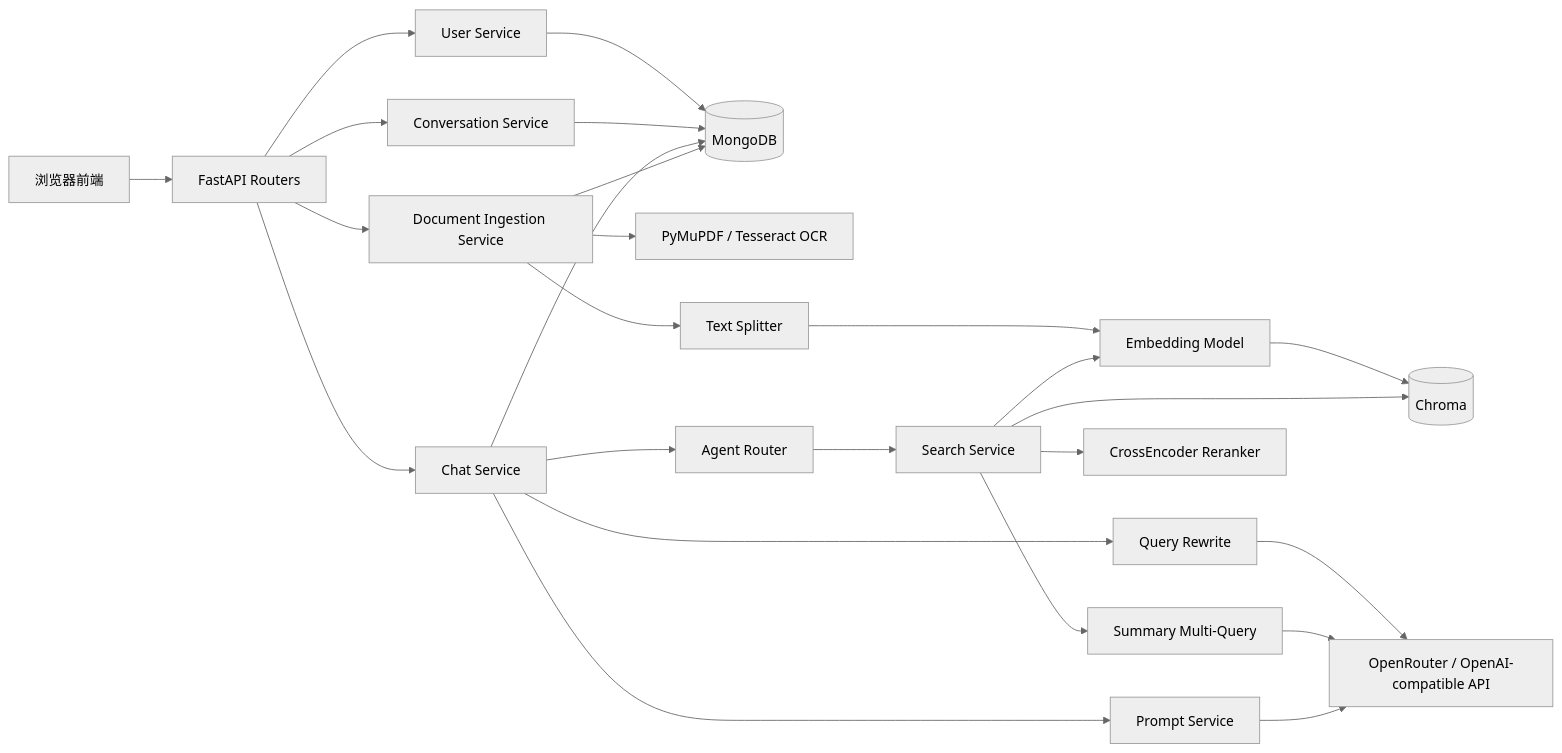
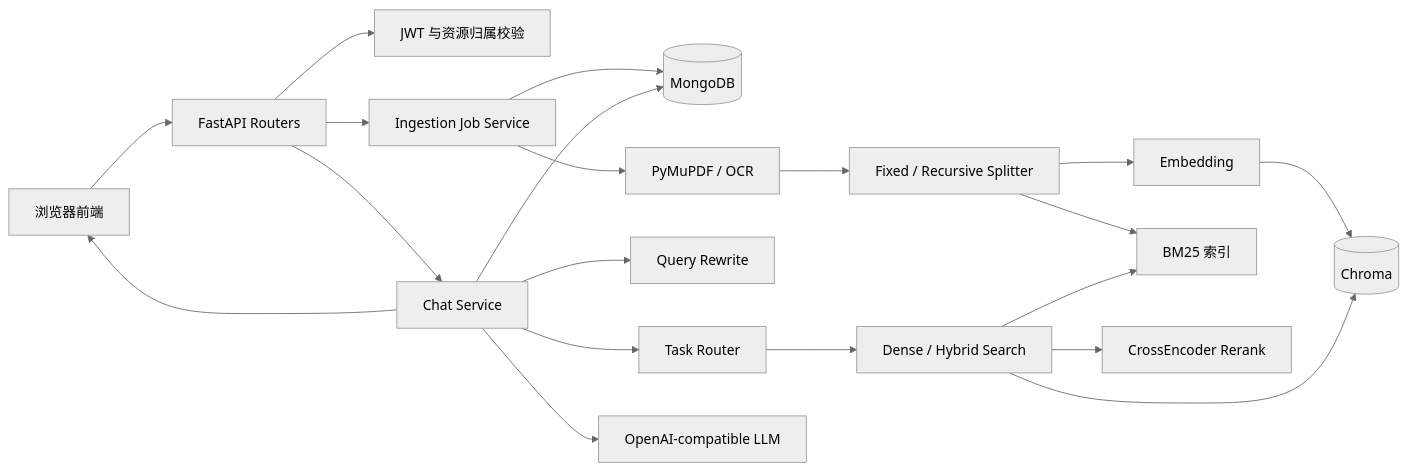
One commit to ljiaming-0218/DocRag changed the first of 3 diagrams in medrag/docs/系统架构图.md. Above: the diagram before and after it, drawn with Mermaid (neutral theme). The commit also changed other lines of this file and 9 other files, not shown here.

````diff
--- a/medrag/docs/系统架构图.md
+++ b/medrag/docs/系统架构图.md
@@ -5,31 +5,22 @@
 ```mermaid
 flowchart LR
-    U[浏览器前端] --> API[FastAPI Routers]
-
-    API --> US[User Service]
-    API --> DS[Document Ingestion Service]
-    API --> CS[Conversation Service]
+    UI[浏览器前端] --> API[FastAPI Routers]
+    API --> AUTH[JWT 与资源归属校验]
+    API --> JOB[Ingestion Job Service]
+    JOB --> DB[(MongoDB)]
+    JOB --> PARSE[PyMuPDF / OCR]
+    PARSE --> SPLIT[Fixed / Recursive Splitter]
+    SPLIT --> EMB[Embedding]
+    EMB --> VS[(Chroma)]
+    SPLIT --> BM25[BM25 索引]
     API --> CHAT[Chat Service]
-
-    US --> MS[(MongoDB)]
-    CS --> MS
-    CHAT --> MS
-    DS --> MS
-
-    DS --> PDF[PyMuPDF / Tesseract OCR]
-    DS --> SPLIT[Text Splitter]
-    SPLIT --> EMB[Embedding Model]
-    EMB --> CHROMA[(Chroma)]
-
-    CHAT --> QR[Query Rewrite]
-    CHAT --> ROUTER[Agent Router]
-    QR --> LLM[OpenRouter / OpenAI-compatible API]
-    ROUTER --> SEARCH[Search Service]
-    SEARCH --> EMB
-    SEARCH --> CHROMA
-    SEARCH --> RR[CrossEncoder Reranker]
-    SEARCH --> SQ[Summary Multi-Query]
-    SQ --> LLM
-    CHAT --> PROMPT[Prompt Service]
-    PROMPT --> LLM
+    CHAT --> DB
+    CHAT --> RW[Query Rewrite]
+    CHAT --> ROUTE[Task Router]
+    ROUTE --> SEARCH[Dense / Hybrid Search]
+    SEARCH --> VS
+    SEARCH --> BM25
+    SEARCH --> RR[CrossEncoder Rerank]
+    CHAT --> LLM[OpenAI-compatible LLM]
+    CHAT --> UI
 ```
````
